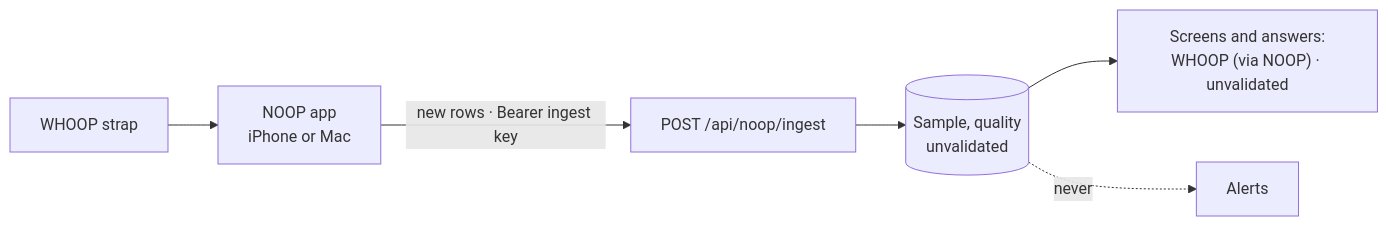
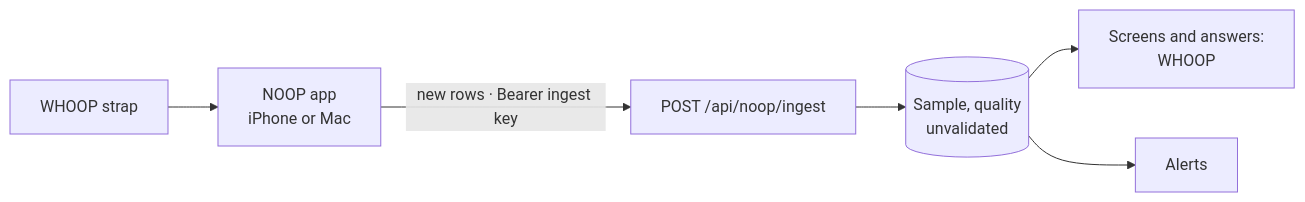
Before and after one commit to 42nights/telly: diagram 11 of 13 in README.md, drawn with Mermaid. The commit also changed other lines of this file and 64 other files, not shown here.

````diff
--- a/README.md
+++ b/README.md
@@ -302,8 +302,8 @@
 ```mermaid
 flowchart LR
     strap["WHOOP strap"] --> noop["NOOP app<br/>iPhone or Mac"]
     noop -->|"new rows · Bearer ingest key"| api["POST /api/noop/ingest"]
     api --> db[("Sample, quality<br/>unvalidated")]
-    db --> show["Screens and answers:<br/>WHOOP (via NOOP) · unvalidated"]
-    db -.->|"never"| alert["Alerts"]
+    db --> show["Screens and answers:<br/>WHOOP"]
+    db --> alert["Alerts"]
 ```
````
